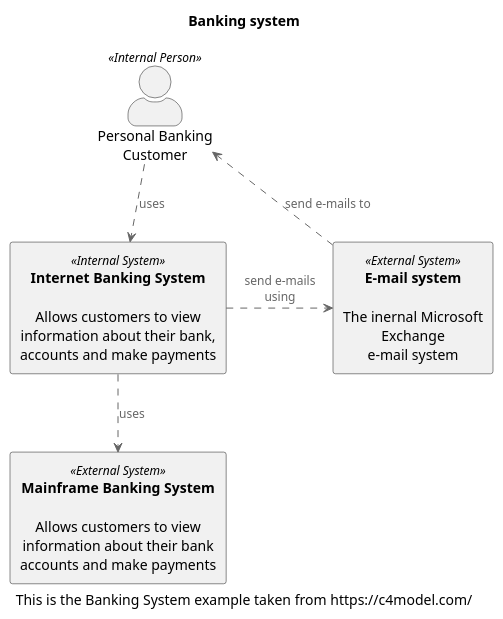
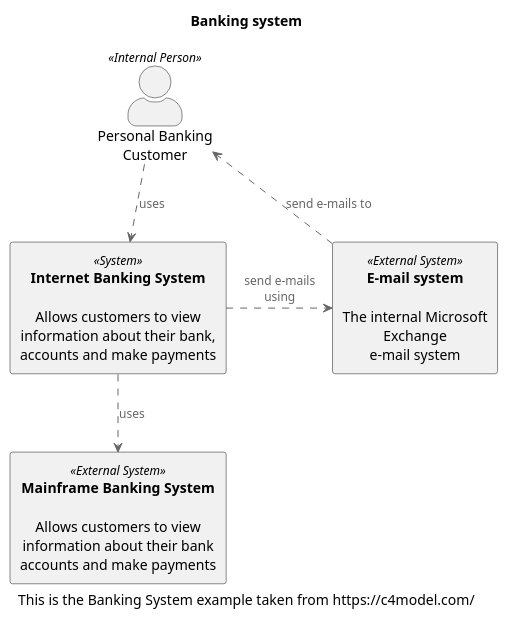
The diagram in sample/c4-banking-system.puml (skleanthous/C4-PlantumlSkin), drawn with PlantUML before and after one commit. The commit also changed 8 other files, not shown here.

```diff
--- a/sample/c4-banking-system.puml
+++ b/sample/c4-banking-system.puml
@@ -1,39 +1,40 @@
 @startuml
 !include ../src/c4.puml
 
 title Banking system
 caption This is the Banking System example taken from https://c4model.com/
+
 rectangle email_system <<External System>> [
     **E-mail system**
 
-    The inernal Microsoft Exchange
+    The internal Microsoft Exchange
     e-mail system
 ]
 
 together {
     actor "Personal Banking \nCustomer" <<Internal Person>> as customer
 
-    rectangle internet_banking <<Internal System>> [
+    rectangle internet_banking <<System>> [
         **Internet Banking System**
 
         Allows customers to view
         information about their bank,
         accounts and make payments
     ]
 
-    rectangle mainframe_banking <<External System>> [
+    rectangle mfb <<External System>> [
         **Mainframe Banking System**
 
         Allows customers to view
         information about their bank
         accounts and make payments
     ]
 }
 
-customer .down.> internet_banking : uses
-internet_banking .down.> mainframe_banking : uses
-internet_banking .right.> email_system : send e-mails\nusing
+customer          .down.> internet_banking  : uses
+internet_banking  .down.> mfb               : uses
+internet_banking .right.> email_system      : send e-mails\nusing
 
-email_system ..> customer : send e-mails to
+email_system          ..> customer          : send e-mails to
 
 @enduml
```
